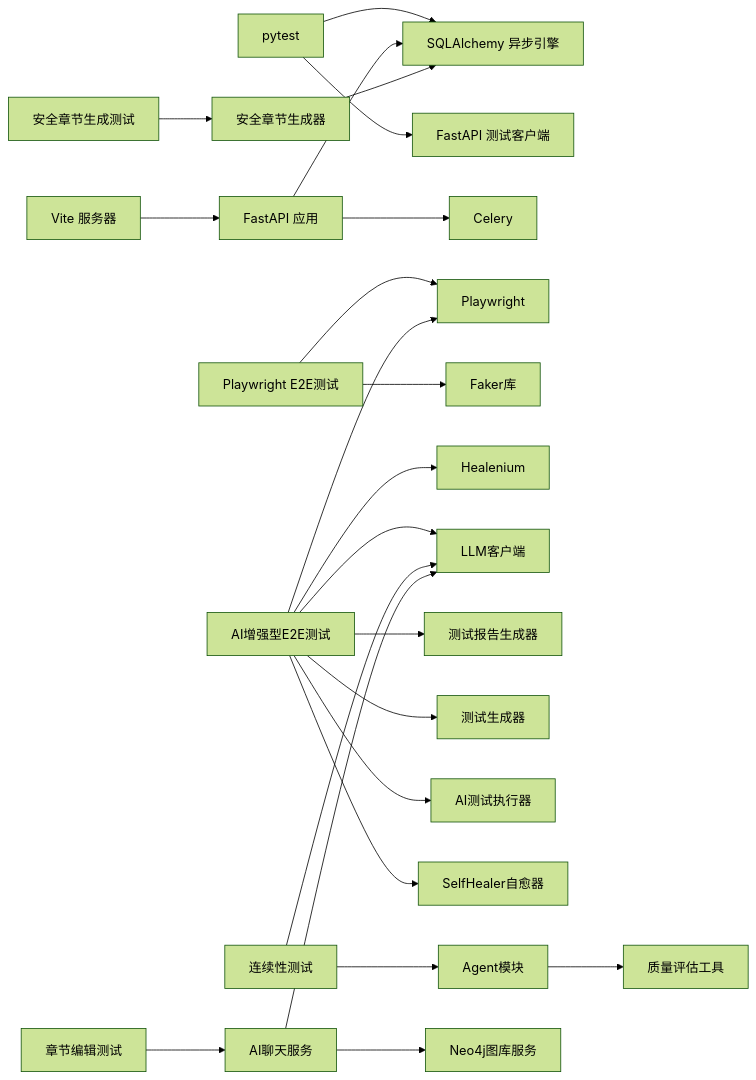
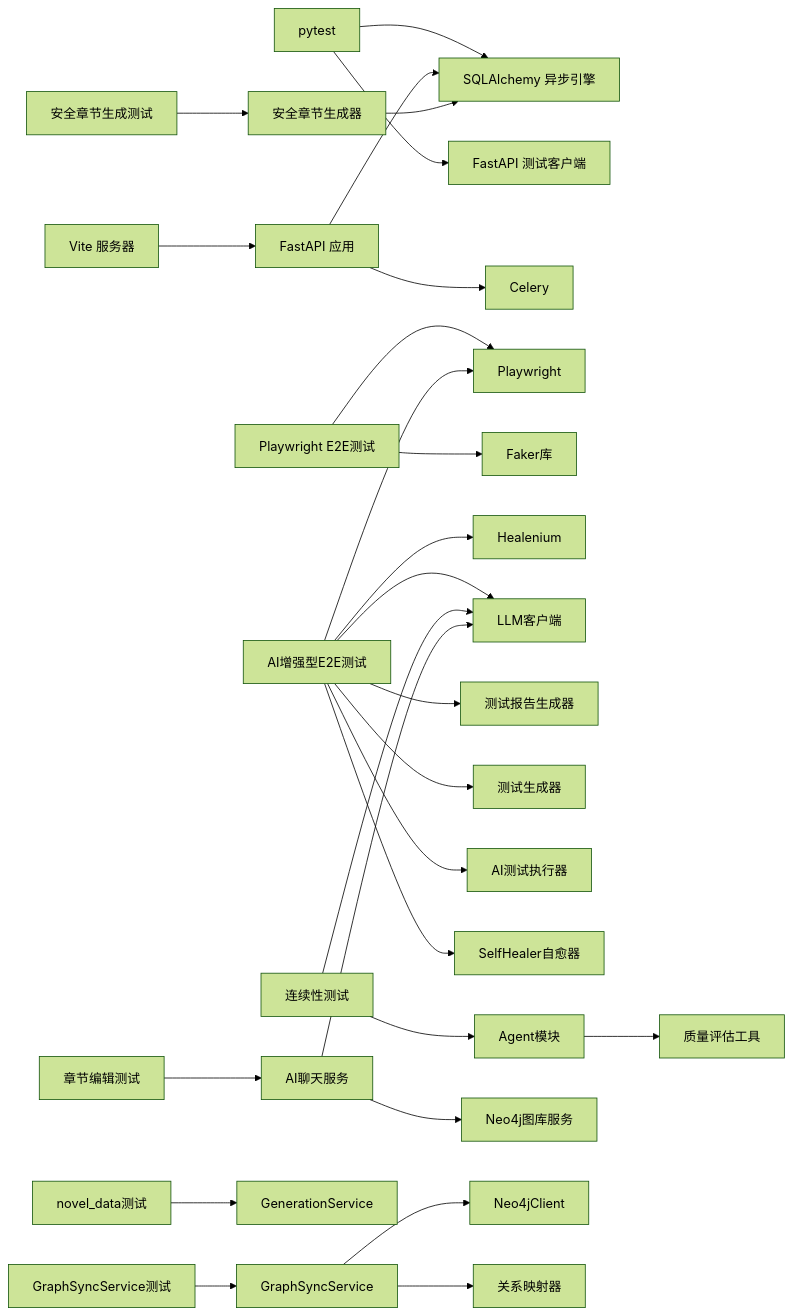
Before and after one commit to xfbyxq/ai-novel-system: diagram 12 of 12 in .qoder/repowiki/zh/content/测试策略/测试策略.md, drawn with Mermaid (forest theme). The commit also changed other lines of this file and 8 other files, not shown here.

First line of the commit message:
test(generation_service): 新增novel_data ID字段完整性测试套件

````diff
--- a/.qoder/repowiki/zh/content/测试策略/测试策略.md
+++ b/.qoder/repowiki/zh/content/测试策略/测试策略.md
@@ -748,25 +854,29 @@
 ```mermaid
 graph LR
 PY["pytest"] --> DB["SQLAlchemy 异步引擎"]
 PY --> HTTP["FastAPI 测试客户端"]
 VITE["Vite 服务器"] --> BE["FastAPI 应用"]
 BE --> DB
 BE --> CEL["Celery"]
 E2E["Playwright E2E测试"] --> PW["Playwright"]
 E2E --> FAKE["Faker库"]
 AI_E2E["AI增强型E2E测试"] --> PW
 AI_E2E --> HL["Healenium"]
 AI_E2E --> LLM["LLM客户端"]
 AI_E2E --> REPORT["测试报告生成器"]
 AI_E2E --> GEN["测试生成器"]
 AI_E2E --> EXEC["AI测试执行器"]
 AI_E2E --> HEAL["SelfHealer自愈器"]
 CONTINUITY["连续性测试"] --> AGENTS["Agent模块"]
 CONTINUITY --> LLM
 AGENTS --> QUALITY["质量评估工具"]
 AICHAT["AI聊天服务"] --> NEO4J["Neo4j图库服务"]
 AICHAT --> LLM
 SAFE_GEN["安全章节生成器"] --> DB
 CHAPTER_TESTS["章节编辑测试"] --> AICHAT
 SAFE_GEN_TESTS["安全章节生成测试"] --> SAFE_GEN
+NOVEL_DATA_TESTS["novel_data测试"] --> GEN_SERVICE["GenerationService"]
+GRAPH_SYNC_TESTS["GraphSyncService测试"] --> GRAPH_SYNC["GraphSyncService"]
+GRAPH_SYNC --> NEO4J_CLIENT["Neo4jClient"]
+GRAPH_SYNC --> REL_MAPPER["关系映射器"]
 ```
````
